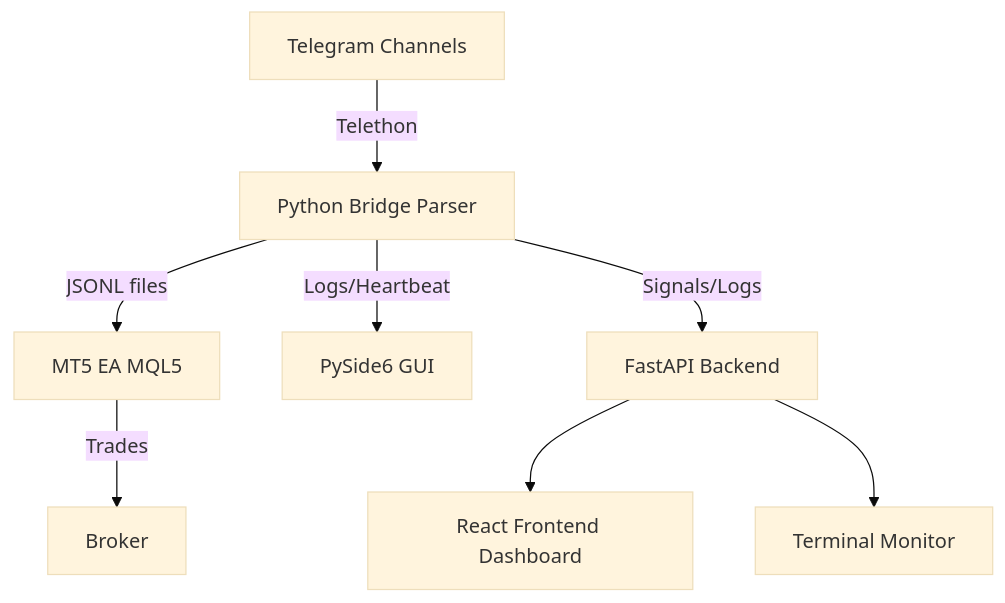
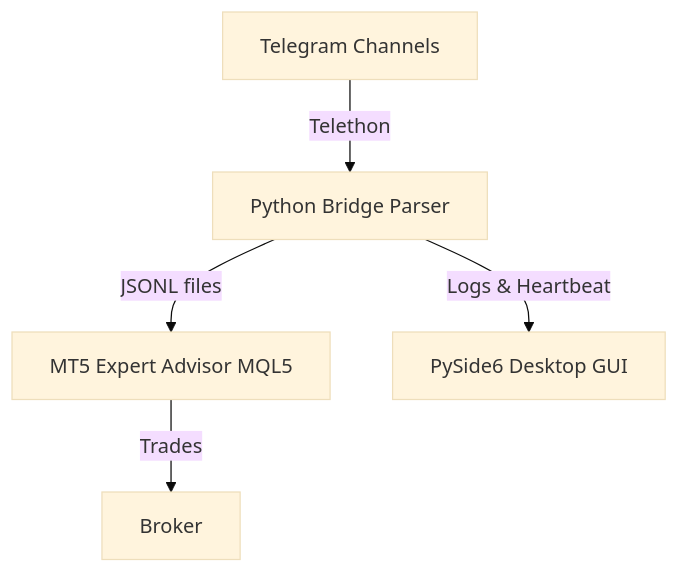
The diagram in README.md (The-R4V3N/FluentSignalCopier), drawn with Mermaid (base theme) before and after one commit. The commit also changed other lines of this file, not shown here.

First line of the commit message:
docs: rewrite README for focused desktop-only release

````diff
--- a/README.md
+++ b/README.md
@@ -342,10 +23,7 @@
 ```mermaid
 graph TD
-    TG[Telegram Channels] --> |Telethon| BRIDGE[Python Bridge Parser]
-    BRIDGE --> |JSONL files| MT5["MT5 EA MQL5"]
-    MT5 --> |Trades| BROKER[Broker]
-    BRIDGE --> |Logs/Heartbeat| GUI[PySide6 GUI]
-    BRIDGE --> |Signals/Logs| API[FastAPI Backend]
-    API --> WEB[React Frontend Dashboard]
-    API --> MON[Terminal Monitor]
+    TG[Telegram Channels] -->|Telethon| BRIDGE[Python Bridge Parser]
+    BRIDGE -->|JSONL files| MT5[MT5 Expert Advisor MQL5]
+    MT5 -->|Trades| BROKER[Broker]
+    BRIDGE -->|Logs & Heartbeat| GUI[PySide6 Desktop GUI]
 ```
````
